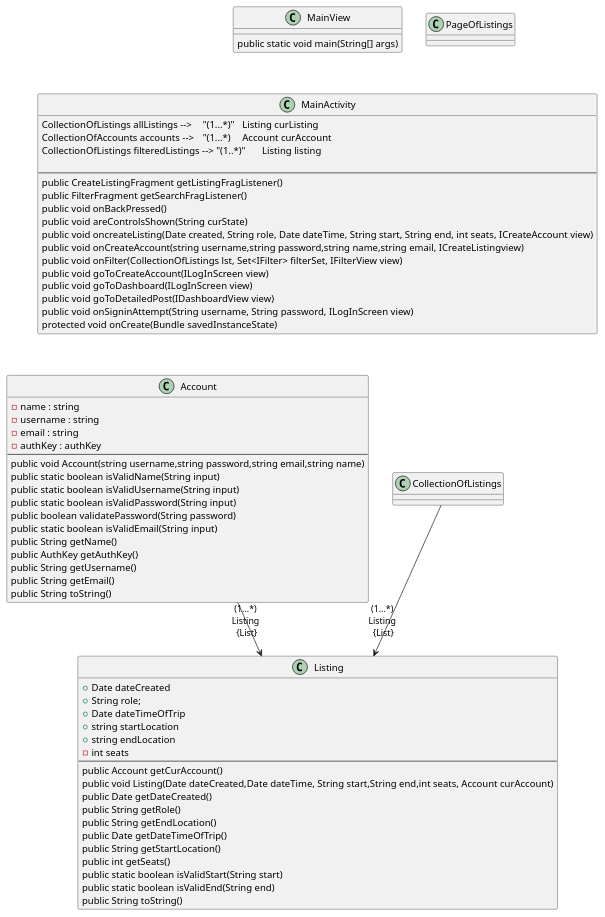
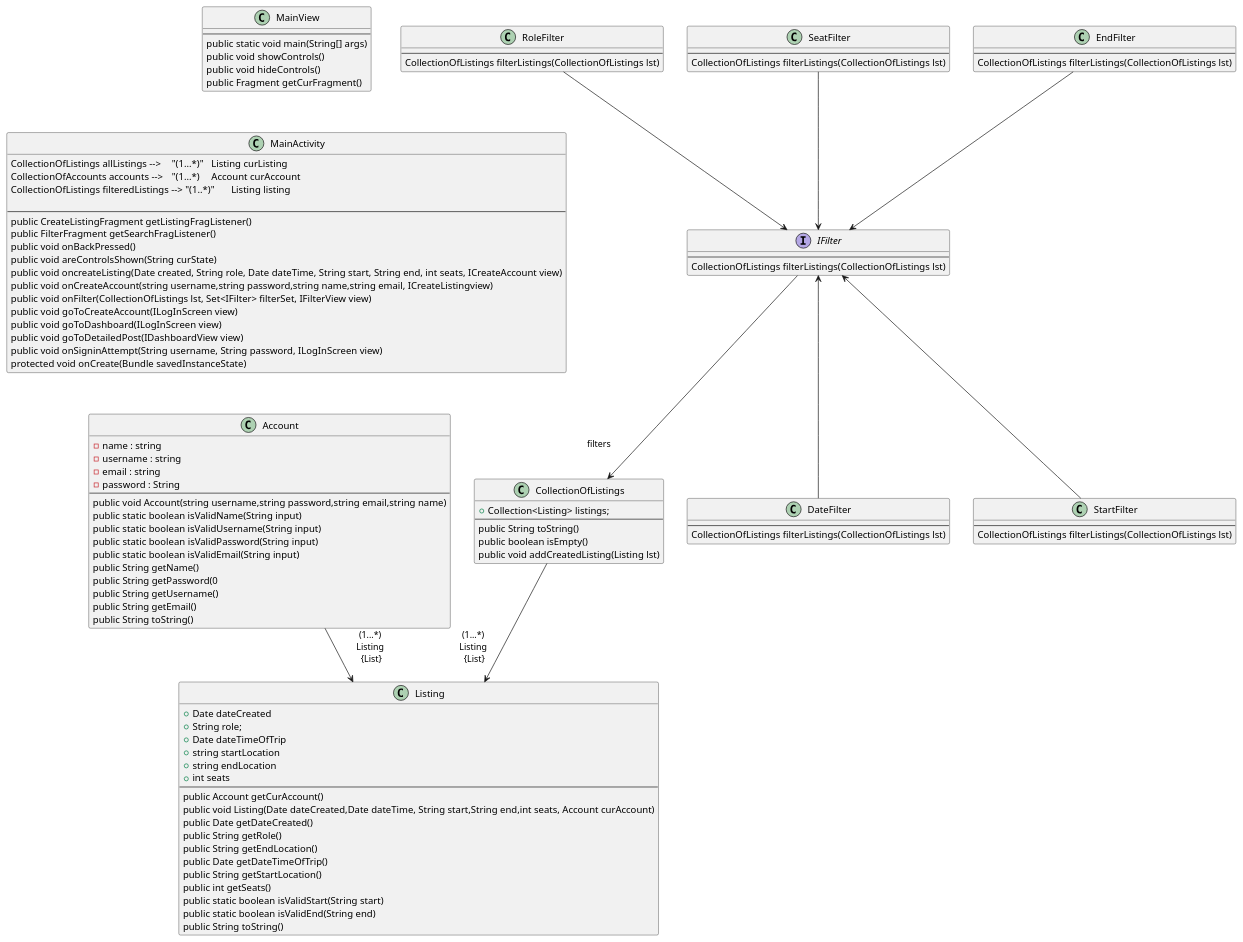
The seventh of 7 diagrams in intellij/doc/design.md (PriyaMulla/Carpool-Connect-VC), drawn with PlantUML before and after one commit. The commit also changed 3 other files, not shown here.

````diff
--- a/intellij/doc/design.md
+++ b/intellij/doc/design.md
@@ -213,16 +213,15 @@
 -name : string
 -username : string
 -email : string
--authKey : authKey
+-password : String
 --
 public void Account(string username,string password,string email,string name)
 public static boolean isValidName(String input)
 public static boolean isValidUsername(String input)
 public static boolean isValidPassword(String input)
-public boolean validatePassword(String password)
 public static boolean isValidEmail(String input)
 public String getName()
-public AuthKey getAuthKey()
+public String getPassword(0
 public String getUsername()
 public String getEmail()
 public String toString()
@@ -234,7 +233,7 @@
 +Date dateTimeOfTrip
 +string startLocation
 +string endLocation
--int seats
++int seats
 --
 public Account getCurAccount()
 public void Listing(Date dateCreated,Date dateTime, String start,String end,int seats, Account curAccount)
@@ -270,23 +269,60 @@
 protected void onCreate(Bundle savedInstanceState)
 }
 class CollectionOfListings{
-
++ Collection<Listing> listings;
+--
+public String toString()
+public boolean isEmpty()
+public void addCreatedListing(Listing lst)
 }
 class MainView{
- 
+ --
 public static void main(String[] args)
+public void showControls()
+public void hideControls()
+public Fragment getCurFragment()
+}
+interface IFilter{
+--
+CollectionOfListings filterListings(CollectionOfListings lst)
+}
+class RoleFilter{
+--
+CollectionOfListings filterListings(CollectionOfListings lst)
+}
+class SeatFilter{
+--
+CollectionOfListings filterListings(CollectionOfListings lst)
+}
+class StartFilter{
+--
+CollectionOfListings filterListings(CollectionOfListings lst)
+}
+class DateFilter{
+--
+CollectionOfListings filterListings(CollectionOfListings lst)
+}
+class EndFilter{
+--
+CollectionOfListings filterListings(CollectionOfListings lst)
 }
 together {
 class Account
-class PageOfListings
+class CollectionOfListings
 }
+
 'Association
 MainView --[hidden] MainActivity
 MainActivity -[hidden] CollectionOfListings
 MainActivity --[hidden] Account
 CollectionOfListings --> "\n(1...*)\nListing\n {List}\n" Listing : \t\t\t
 Account --> "\n(1...*)\nListing\n {List}\n" Listing : \t
-
+RoleFilter --> IFilter
+SeatFilter --> IFilter
+IFilter <-- StartFilter
+IFilter <-- DateFilter
+EndFilter --> IFilter
+IFilter --> "filters\n\n" CollectionOfListings
 Account -[hidden] CollectionOfListings
 @enduml
 ```
````
